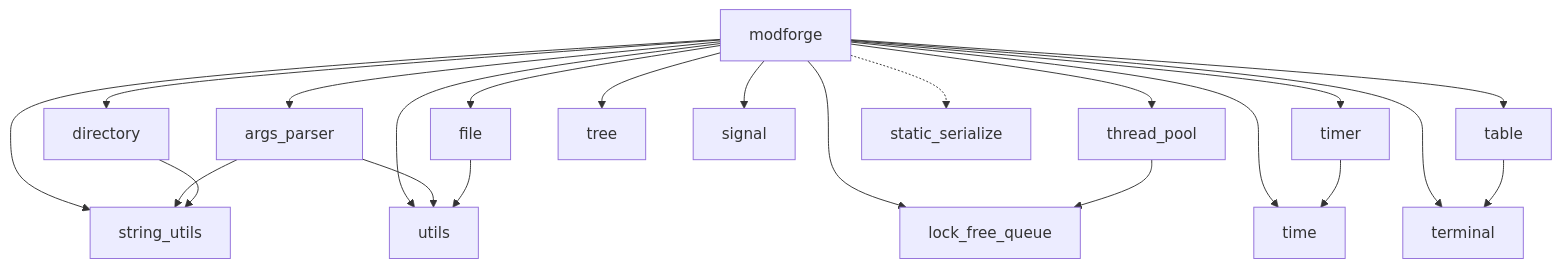
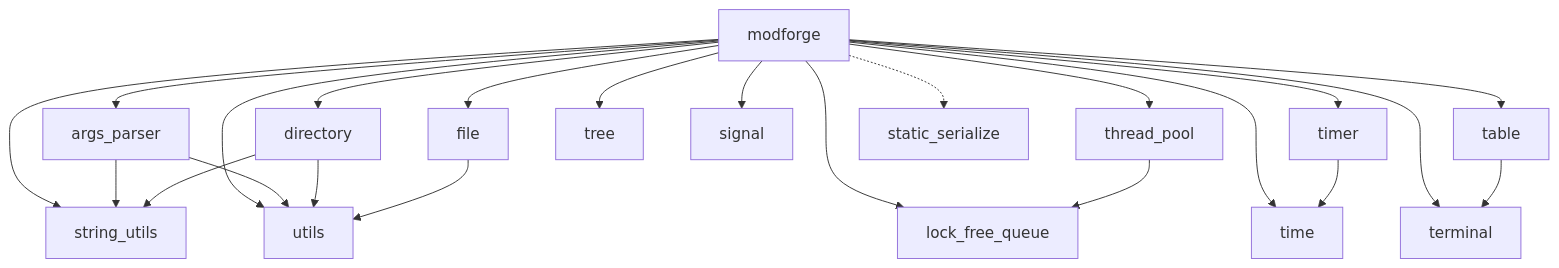
The diagram in README.md (hexne/modforge), drawn with Mermaid before and after one commit. The commit also changed other lines of this file and 2 other files, not shown here.

````diff
--- a/README.md
+++ b/README.md
@@ -40,25 +40,26 @@
 ```mermaid
 graph TD
     modforge --> args_parser
     modforge --> directory
     modforge --> file
     modforge --> lock_free_queue
     modforge --> thread_pool
     modforge --> time
     modforge --> timer
     modforge --> tree
     modforge --> utils
     modforge --> string_utils
     modforge --> signal
     modforge --> terminal
     modforge --> table
     modforge -.-> static_serialize
 
     args_parser --> string_utils
     args_parser --> utils
     directory --> string_utils
+    directory --> utils
     file --> utils
     thread_pool --> lock_free_queue
     timer --> time
     table --> terminal
 ```
````
